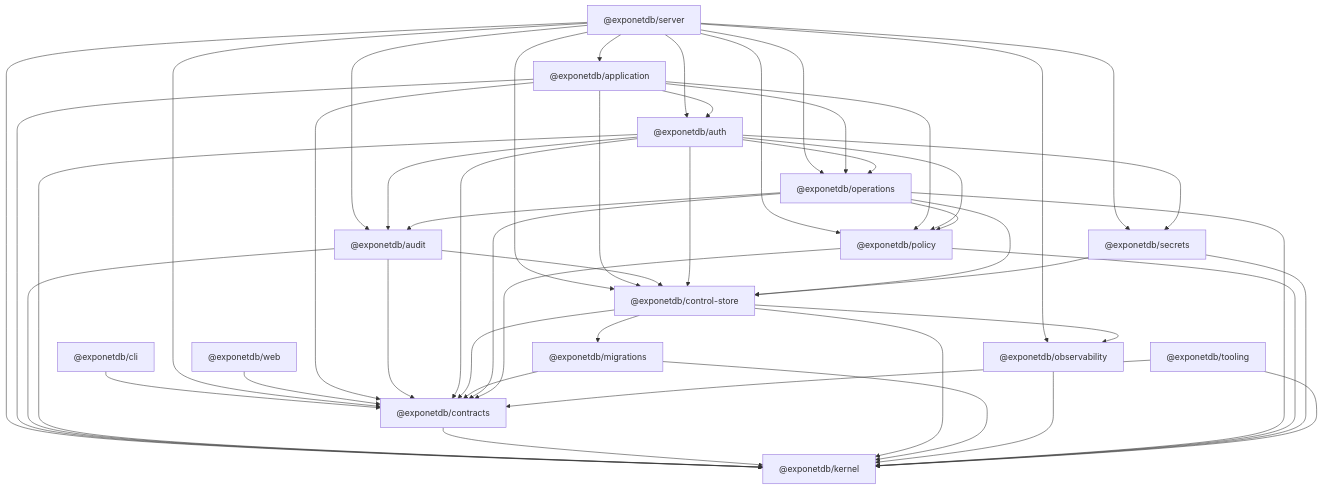
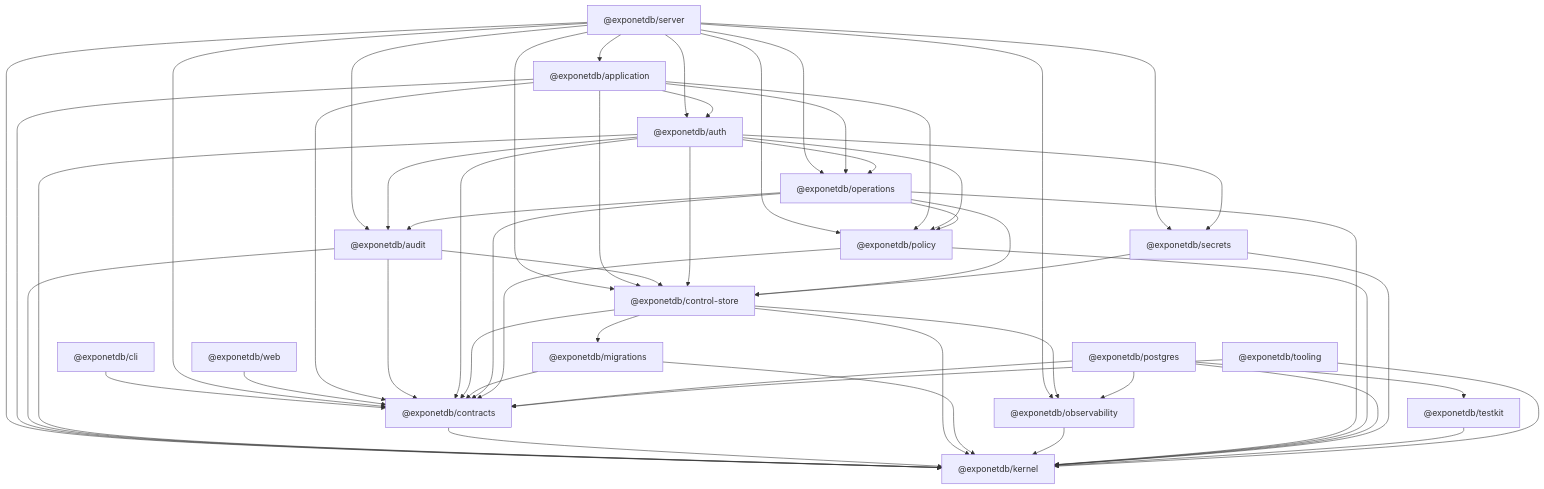
Before and after one commit to davdxpx/ExponetDB: the diagram in tooling/boundaries/package-graph.md, drawn with Mermaid. The commit also changed 63 other files, not shown here.

````diff
--- a/tooling/boundaries/package-graph.md
+++ b/tooling/boundaries/package-graph.md
@@ -7,65 +7,72 @@
 ```mermaid
 graph TD
   apps_cli["@exponetdb/cli"]
   apps_server["@exponetdb/server"]
   apps_web["@exponetdb/web"]
   packages_application["@exponetdb/application"]
   packages_audit["@exponetdb/audit"]
   packages_auth["@exponetdb/auth"]
   packages_contracts["@exponetdb/contracts"]
   packages_control-store["@exponetdb/control-store"]
   packages_kernel["@exponetdb/kernel"]
   packages_migrations["@exponetdb/migrations"]
   packages_observability["@exponetdb/observability"]
   packages_operations["@exponetdb/operations"]
   packages_policy["@exponetdb/policy"]
+  packages_postgres["@exponetdb/postgres"]
   packages_secrets["@exponetdb/secrets"]
+  packages_testkit["@exponetdb/testkit"]
   tooling["@exponetdb/tooling"]
   apps_cli["@exponetdb/cli"] --> packages_contracts
   apps_server["@exponetdb/server"] --> packages_application
   apps_server["@exponetdb/server"] --> packages_audit
   apps_server["@exponetdb/server"] --> packages_auth
   apps_server["@exponetdb/server"] --> packages_contracts
   apps_server["@exponetdb/server"] --> packages_control-store
   apps_server["@exponetdb/server"] --> packages_kernel
   apps_server["@exponetdb/server"] --> packages_observability
   apps_server["@exponetdb/server"] --> packages_operations
   apps_server["@exponetdb/server"] --> packages_policy
   apps_server["@exponetdb/server"] --> packages_secrets
   apps_web["@exponetdb/web"] --> packages_contracts
   packages_application["@exponetdb/application"] --> packages_auth
   packages_application["@exponetdb/application"] --> packages_contracts
   packages_application["@exponetdb/application"] --> packages_control-store
   packages_application["@exponetdb/application"] --> packages_kernel
   packages_application["@exponetdb/application"] --> packages_operations
   packages_application["@exponetdb/application"] --> packages_policy
   packages_audit["@exponetdb/audit"] --> packages_contracts
   packages_audit["@exponetdb/audit"] --> packages_control-store
   packages_audit["@exponetdb/audit"] --> packages_kernel
   packages_auth["@exponetdb/auth"] --> packages_audit
   packages_auth["@exponetdb/auth"] --> packages_contracts
   packages_auth["@exponetdb/auth"] --> packages_control-store
   packages_auth["@exponetdb/auth"] --> packages_kernel
   packages_auth["@exponetdb/auth"] --> packages_operations
   packages_auth["@exponetdb/auth"] --> packages_policy
   packages_auth["@exponetdb/auth"] --> packages_secrets
   packages_contracts["@exponetdb/contracts"] --> packages_kernel
   packages_control-store["@exponetdb/control-store"] --> packages_contracts
   packages_control-store["@exponetdb/control-store"] --> packages_kernel
   packages_control-store["@exponetdb/control-store"] --> packages_migrations
   packages_control-store["@exponetdb/control-store"] --> packages_observability
   packages_migrations["@exponetdb/migrations"] --> packages_contracts
   packages_migrations["@exponetdb/migrations"] --> packages_kernel
   packages_observability["@exponetdb/observability"] --> packages_kernel
   packages_operations["@exponetdb/operations"] --> packages_audit
   packages_operations["@exponetdb/operations"] --> packages_contracts
   packages_operations["@exponetdb/operations"] --> packages_control-store
   packages_operations["@exponetdb/operations"] --> packages_kernel
   packages_operations["@exponetdb/operations"] --> packages_policy
   packages_policy["@exponetdb/policy"] --> packages_contracts
   packages_policy["@exponetdb/policy"] --> packages_kernel
+  packages_postgres["@exponetdb/postgres"] --> packages_contracts
+  packages_postgres["@exponetdb/postgres"] --> packages_kernel
+  packages_postgres["@exponetdb/postgres"] --> packages_observability
+  packages_postgres["@exponetdb/postgres"] --> packages_testkit
   packages_secrets["@exponetdb/secrets"] --> packages_control-store
   packages_secrets["@exponetdb/secrets"] --> packages_kernel
+  packages_testkit["@exponetdb/testkit"] --> packages_kernel
   tooling["@exponetdb/tooling"] --> packages_contracts
   tooling["@exponetdb/tooling"] --> packages_kernel
 ```
````
